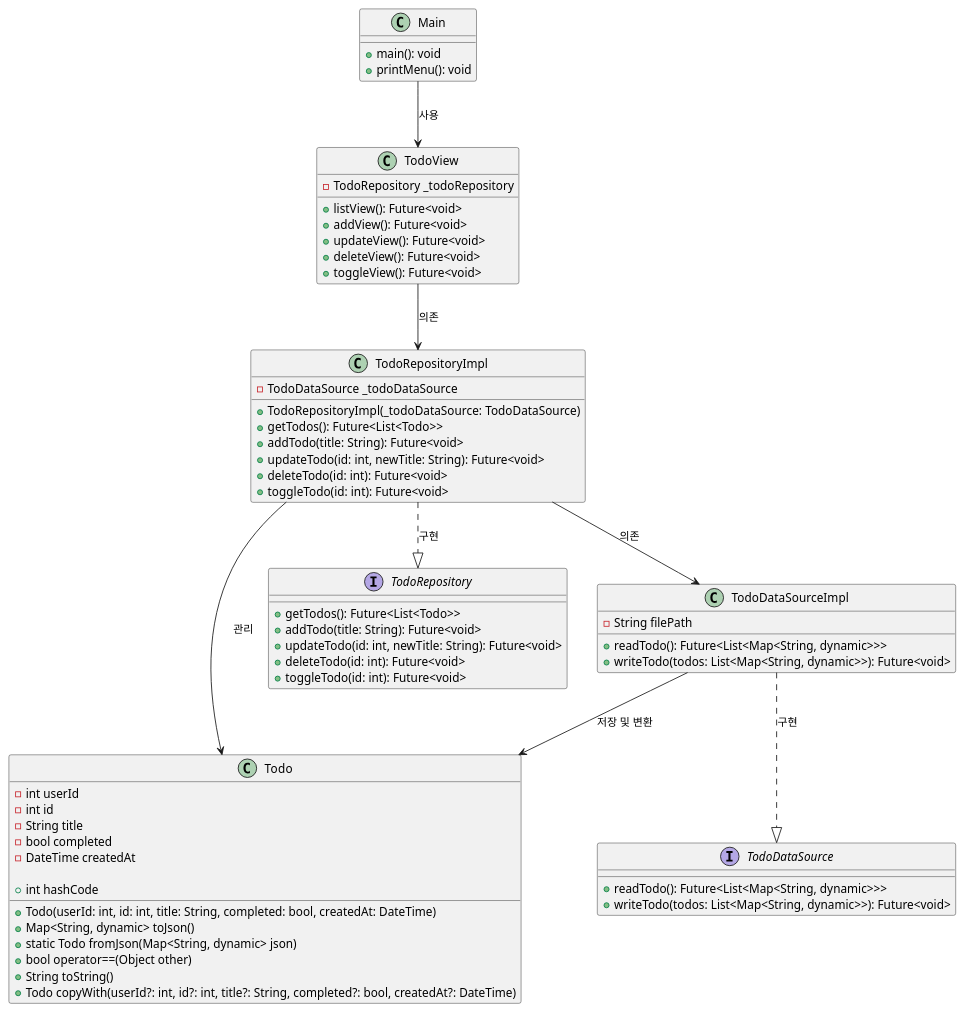
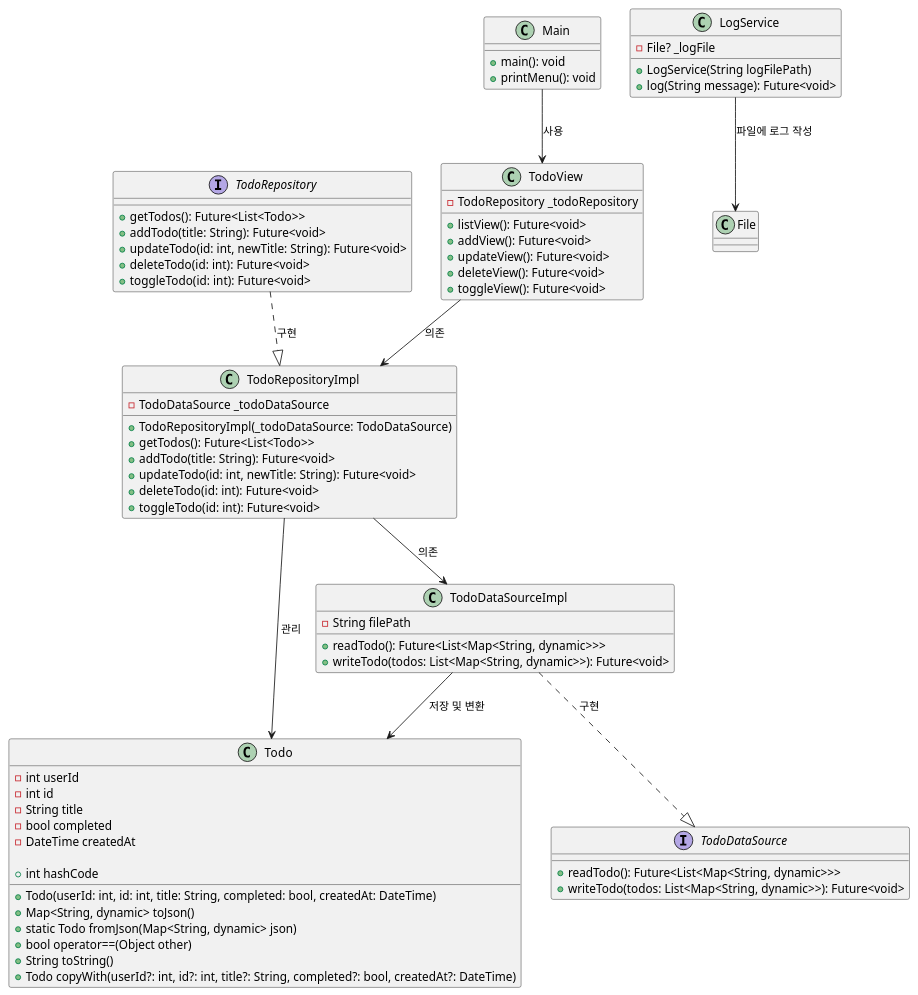
One commit to complete0415Jiyoung/modu-todo-project changed the diagram in todolist.wsd. Above: the diagram before and after it, drawn with PlantUML. The commit also changed 3 other files, not shown here.

Commit message:
FEAT: UML 수정

```diff
--- a/todolist.wsd
+++ b/todolist.wsd
@@ -1,73 +1,82 @@
 @startuml TODOLIST
 
 class Todo {
   - int userId
   - int id
   - String title
   - bool completed
   - DateTime createdAt
 
   + Todo(userId: int, id: int, title: String, completed: bool, createdAt: DateTime)
   + Map<String, dynamic> toJson()
   + static Todo fromJson(Map<String, dynamic> json)
   + bool operator==(Object other)
   + int hashCode
   + String toString()
   + Todo copyWith(userId?: int, id?: int, title?: String, completed?: bool, createdAt?: DateTime)
 }
 
 interface TodoRepository {
   + getTodos(): Future<List<Todo>>
   + addTodo(title: String): Future<void>
   + updateTodo(id: int, newTitle: String): Future<void>
   + deleteTodo(id: int): Future<void>
   + toggleTodo(id: int): Future<void>
 }
 
 class TodoRepositoryImpl {
   - TodoDataSource _todoDataSource
 
   + TodoRepositoryImpl(_todoDataSource: TodoDataSource)
   + getTodos(): Future<List<Todo>>
   + addTodo(title: String): Future<void>
   + updateTodo(id: int, newTitle: String): Future<void>
   + deleteTodo(id: int): Future<void>
   + toggleTodo(id: int): Future<void>
 }
 
 interface TodoDataSource {
   + readTodo(): Future<List<Map<String, dynamic>>>
   + writeTodo(todos: List<Map<String, dynamic>>): Future<void>
 }
 
 class TodoDataSourceImpl {
   - String filePath
   + readTodo(): Future<List<Map<String, dynamic>>>
   + writeTodo(todos: List<Map<String, dynamic>>): Future<void>
 }
 
 class TodoView {
   - TodoRepository _todoRepository
   + listView(): Future<void>
   + addView(): Future<void>
   + updateView(): Future<void>
   + deleteView(): Future<void>
   + toggleView(): Future<void>
 }
 
 class Main {
   + main(): void
   + printMenu(): void
 }
 
+class LogService {
+  - File? _logFile
+  
+  + LogService(String logFilePath)
+  + log(String message): Future<void>
+}
+
+
 ' 관계 설정
 
 Main --> TodoView : 사용
 TodoView --> TodoRepositoryImpl : 의존
-TodoRepositoryImpl ..|> TodoRepository : 구현
+TodoRepository ..|> TodoRepositoryImpl : 구현
 TodoRepositoryImpl --> TodoDataSourceImpl : 의존
 TodoDataSourceImpl ..|> TodoDataSource : 구현
 TodoRepositoryImpl --> Todo : 관리
 TodoDataSourceImpl --> Todo : 저장 및 변환
+LogService --> File : 파일에 로그 작성
 
 @enduml
```
